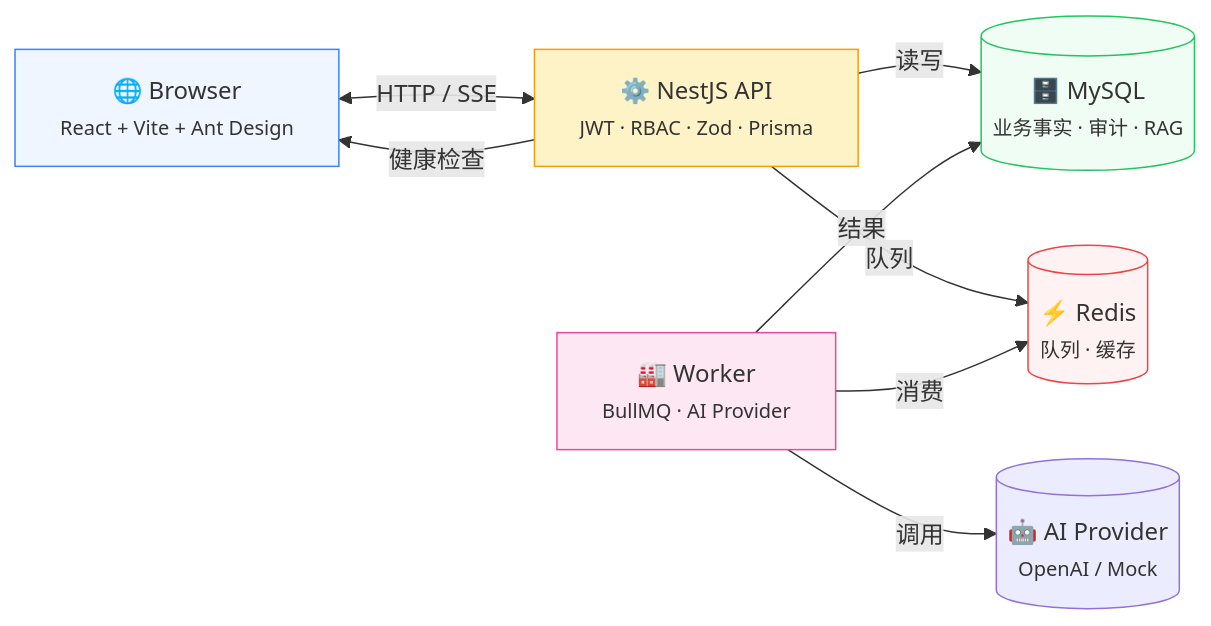
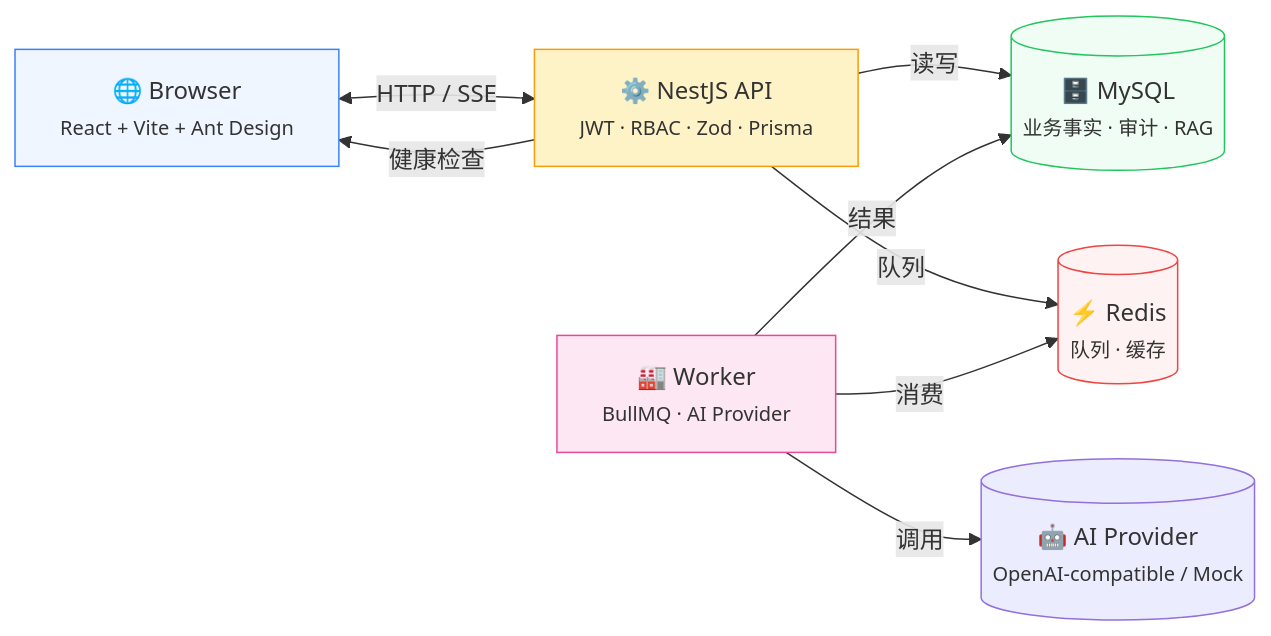
The diagram in README.md (wsgonglang/Cross-Border-E-commerce-AI-Copilot), drawn with Mermaid before and after one commit. The commit also changed other lines of this file and 20 other files, not shown here.

````diff
--- a/README.md
+++ b/README.md
@@ -44,23 +44,23 @@
 ```mermaid
 flowchart LR
     Browser["🌐 Browser<br/><small>React + Vite + Ant Design</small>"]
     API["⚙️ NestJS API<br/><small>JWT · RBAC · Zod · Prisma</small>"]
     MySQL[("🗄️ MySQL<br/><small>业务事实 · 审计 · RAG</small>")]
     Redis[("⚡ Redis<br/><small>队列 · 缓存</small>")]
     Worker["🏭 Worker<br/><small>BullMQ · AI Provider</small>"]
-    AI[("🤖 AI Provider<br/><small>OpenAI / Mock</small>")]
+    AI[("🤖 AI Provider<br/><small>OpenAI-compatible / Mock</small>")]
 
     Browser <-->|HTTP / SSE| API
     API -->|读写| MySQL
     API -->|队列| Redis
     Worker -->|消费| Redis
     Worker -->|调用| AI
     Worker -->|结果| MySQL
     API -->|健康检查| Browser
 
     style Browser fill:#eff6ff,stroke:#3b82f6
     style API fill:#fef3c7,stroke:#f59e0b
     style Worker fill:#fce7f3,stroke:#ec4899
     style MySQL fill:#f0fdf4,stroke:#22c55e
     style Redis fill:#fef2f2,stroke:#ef4444
 ```
````
